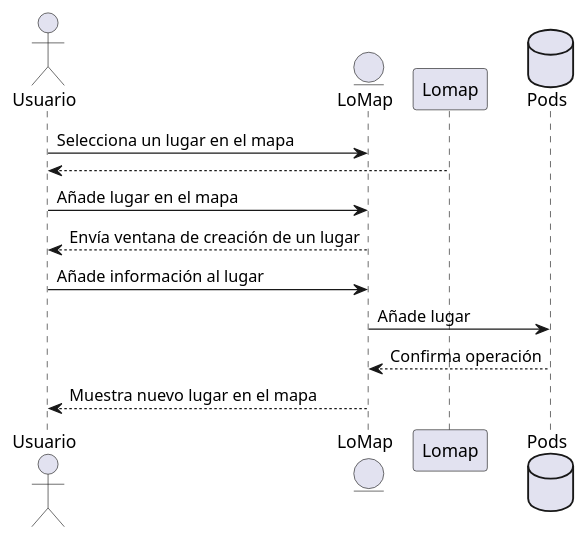
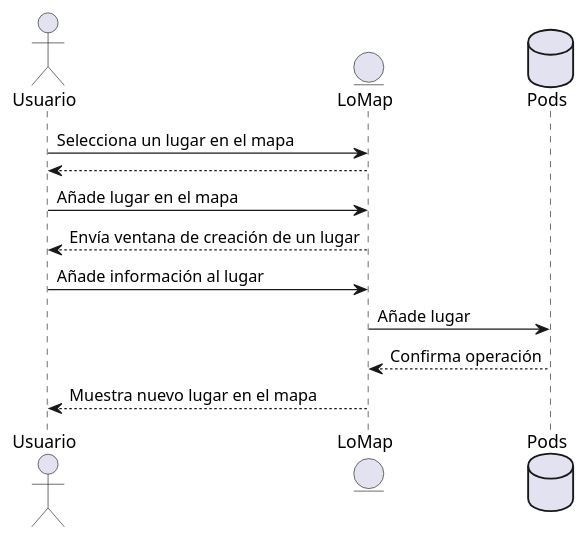
Before and after one commit to Arquisoft/lomap_es3c: the second of 16 diagrams in docs/06_runtime_view.adoc, drawn with PlantUML. The commit also changed other lines of this file, not shown here.

```diff
--- a/docs/06_runtime_view.adoc
+++ b/docs/06_runtime_view.adoc
@@ -56,14 +56,14 @@
 [plantuml,"Sequence diagram03",png]
 ----
 actor Usuario
 entity LoMap
 Usuario -> LoMap: Selecciona un lugar en el mapa
-Lomap --> Usuario: 
+LoMap --> Usuario: 
 Usuario -> LoMap: Añade lugar en el mapa
 database Pod as "Pods"
 LoMap--> Usuario: Envía ventana de creación de un lugar
 Usuario-> LoMap: Añade información al lugar
 LoMap-> Pod: Añade lugar
 Pod--> LoMap: Confirma operación
 LoMap--> Usuario: Muestra nuevo lugar en el mapa
 ----
```
